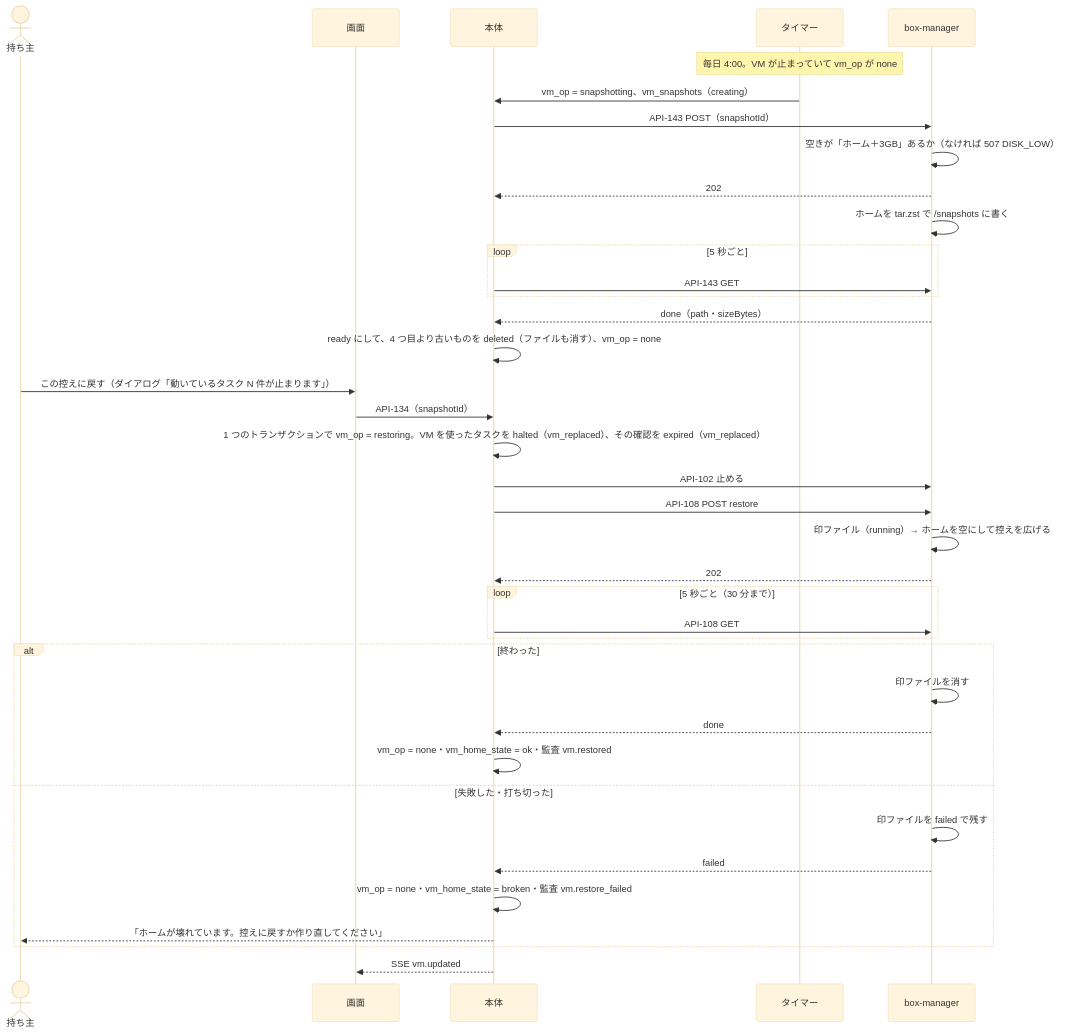
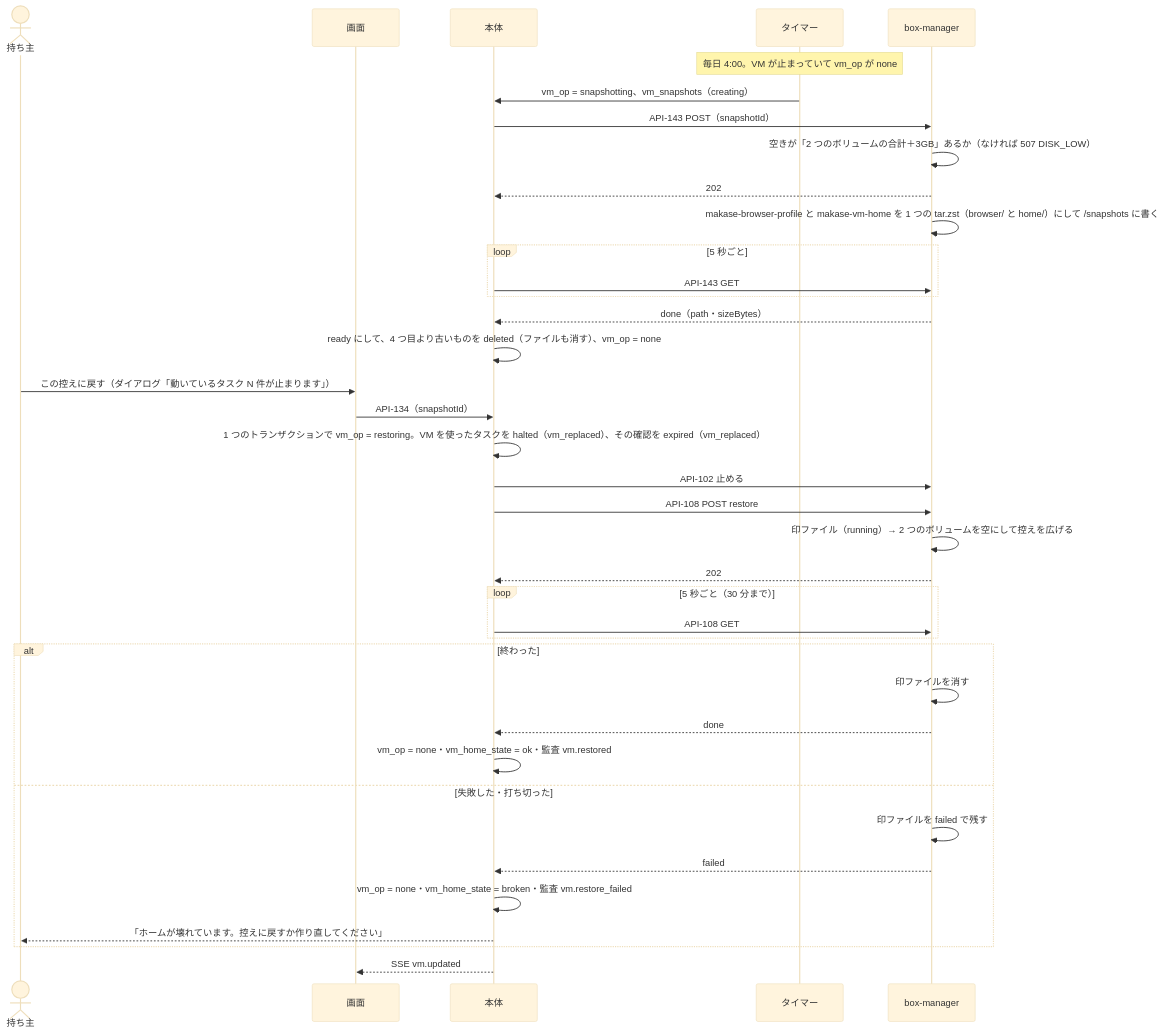
Diagram 13 of 13 in docs/design/10_diagrams/sequences.md (itiwoja/agent-team), drawn with Mermaid (base theme) before and after one commit. The commit also changed other lines of this file and 34 other files, not shown here.

````diff
--- a/docs/design/10_diagrams/sequences.md
+++ b/docs/design/10_diagrams/sequences.md
@@ -348,40 +341,40 @@
 ```mermaid
 sequenceDiagram
  actor O as 持ち主
  participant W as 画面
  participant CORE as 本体
  participant TM as タイマー
  participant BM as box-manager
  Note over TM: 毎日 4:00。VM が止まっていて vm_op が none
  TM->>CORE: vm_op = snapshotting、vm_snapshots（creating）
  CORE->>BM: API-143 POST（snapshotId）
- BM->>BM: 空きが「ホーム＋3GB」あるか（なければ 507 DISK_LOW）
+ BM->>BM: 空きが「2 つのボリュームの合計＋3GB」あるか（なければ 507 DISK_LOW）
  BM-->>CORE: 202
- BM->>BM: ホームを tar.zst で /snapshots に書く
+ BM->>BM: makase-browser-profile と makase-vm-home を 1 つの tar.zst（browser/ と home/）にして /snapshots に書く
  loop 5 秒ごと
   CORE->>BM: API-143 GET
  end
  BM-->>CORE: done（path・sizeBytes）
  CORE->>CORE: ready にして、4 つ目より古いものを deleted（ファイルも消す）、vm_op = none
  O->>W: この控えに戻す（ダイアログ「動いているタスク N 件が止まります」）
  W->>CORE: API-134（snapshotId）
  CORE->>CORE: 1 つのトランザクションで vm_op = restoring。VM を使ったタスクを halted（vm_replaced）、その確認を expired（vm_replaced）
  CORE->>BM: API-102 止める
  CORE->>BM: API-108 POST restore
- BM->>BM: 印ファイル（running）→ ホームを空にして控えを広げる
+ BM->>BM: 印ファイル（running）→ 2 つのボリュームを空にして控えを広げる
  BM-->>CORE: 202
  loop 5 秒ごと（30 分まで）
   CORE->>BM: API-108 GET
  end
  alt 終わった
   BM->>BM: 印ファイルを消す
   BM-->>CORE: done
   CORE->>CORE: vm_op = none・vm_home_state = ok・監査 vm.restored
  else 失敗した・打ち切った
   BM->>BM: 印ファイルを failed で残す
   BM-->>CORE: failed
   CORE->>CORE: vm_op = none・vm_home_state = broken・監査 vm.restore_failed
   CORE-->>O: 「ホームが壊れています。控えに戻すか作り直してください」
  end
  CORE-->>W: SSE vm.updated
 ```
````
